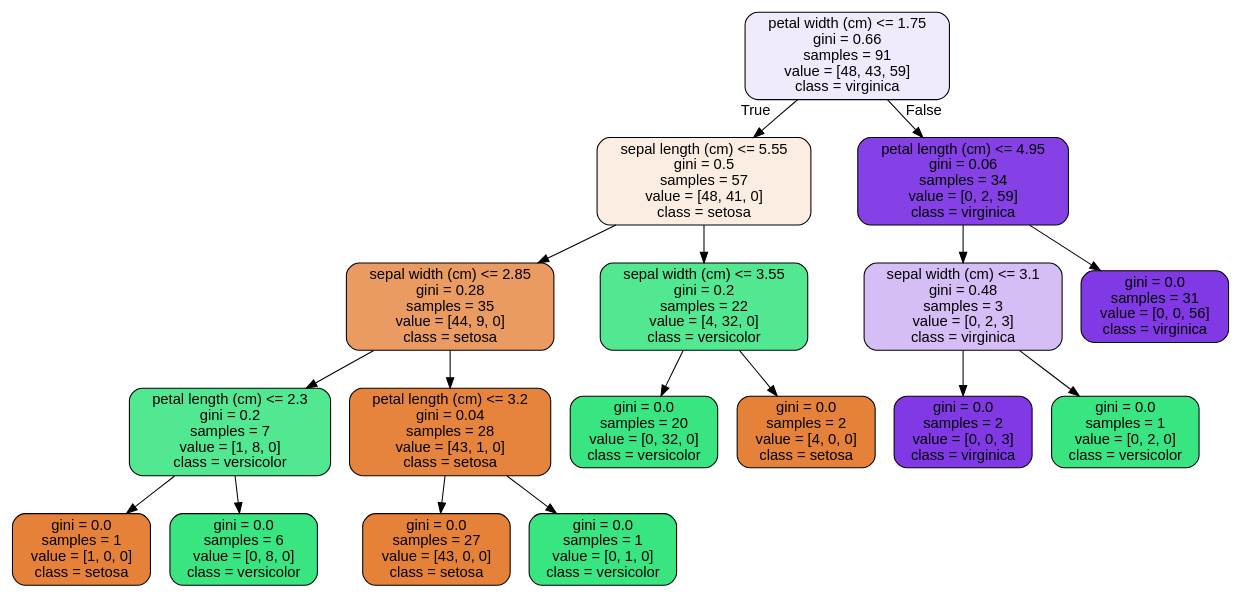
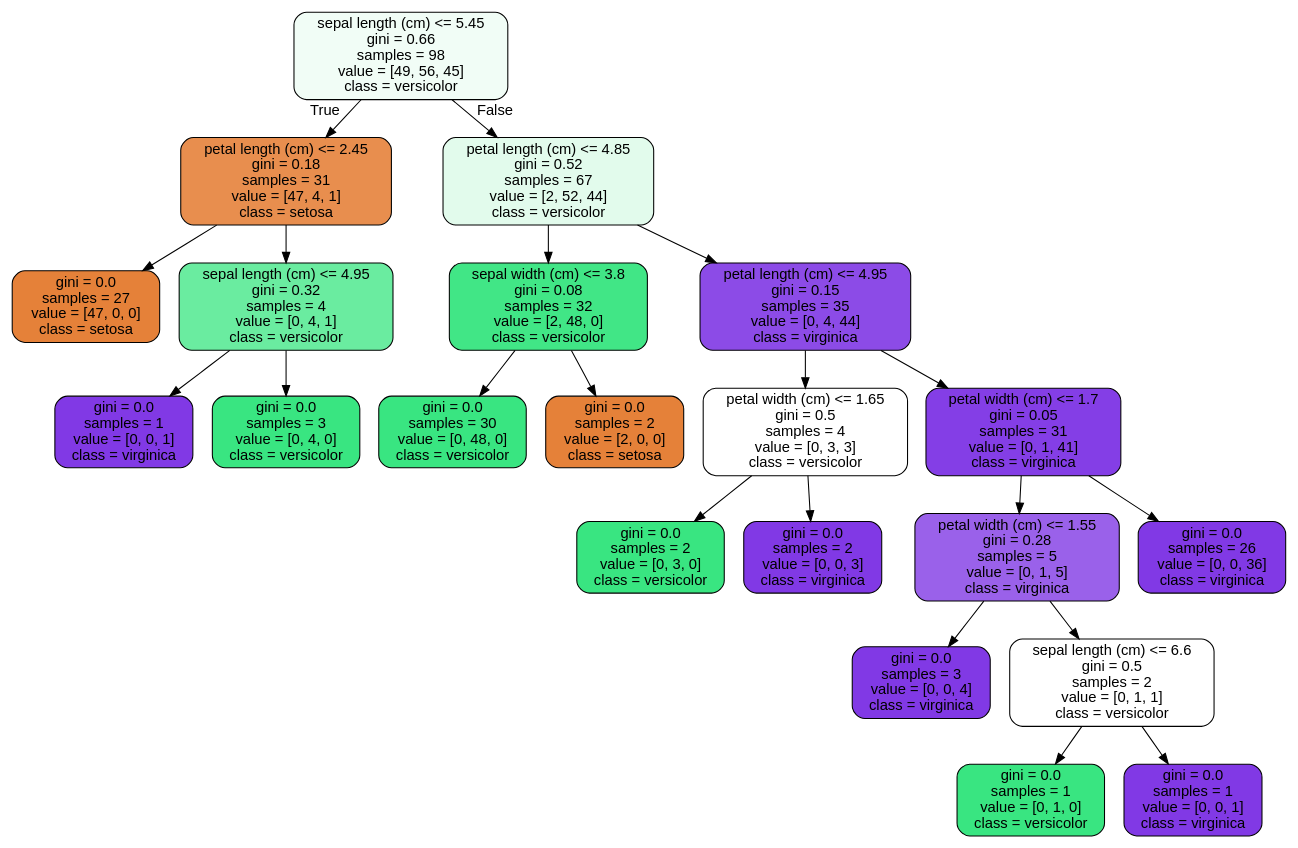
Before and after one commit to jonnross88/Springboard: the diagram in u14_supervised_learning/Random Forest Covid Case Study/tree.dot, drawn with Graphviz. The commit also changed 2 other files, not shown here.

```diff
--- a/u14_supervised_learning/Random Forest Covid Case Study/tree.dot
+++ b/u14_supervised_learning/Random Forest Covid Case Study/tree.dot
@@ -1,37 +1,45 @@
 digraph Tree {
 node [shape=box, style="filled, rounded", color="black", fontname="helvetica"] ;
 edge [fontname="helvetica"] ;
-0 [label="petal width (cm) <= 1.75\ngini = 0.66\nsamples = 91\nvalue = [48, 43, 59]\nclass = virginica", fillcolor="#f1eafc"] ;
-1 [label="sepal length (cm) <= 5.55\ngini = 0.5\nsamples = 57\nvalue = [48, 41, 0]\nclass = setosa", fillcolor="#fbede2"] ;
+0 [label="sepal length (cm) <= 5.45\ngini = 0.66\nsamples = 98\nvalue = [49, 56, 45]\nclass = versicolor", fillcolor="#f1fdf6"] ;
+1 [label="petal length (cm) <= 2.45\ngini = 0.18\nsamples = 31\nvalue = [47, 4, 1]\nclass = setosa", fillcolor="#e88e4e"] ;
 0 -> 1 [labeldistance=2.5, labelangle=45, headlabel="True"] ;
-2 [label="sepal width (cm) <= 2.85\ngini = 0.28\nsamples = 35\nvalue = [44, 9, 0]\nclass = setosa", fillcolor="#ea9b61"] ;
+2 [label="gini = 0.0\nsamples = 27\nvalue = [47, 0, 0]\nclass = setosa", fillcolor="#e58139"] ;
 1 -> 2 ;
-3 [label="petal length (cm) <= 2.3\ngini = 0.2\nsamples = 7\nvalue = [1, 8, 0]\nclass = versicolor", fillcolor="#52e891"] ;
-2 -> 3 ;
-4 [label="gini = 0.0\nsamples = 1\nvalue = [1, 0, 0]\nclass = setosa", fillcolor="#e58139"] ;
+3 [label="sepal length (cm) <= 4.95\ngini = 0.32\nsamples = 4\nvalue = [0, 4, 1]\nclass = versicolor", fillcolor="#6aeca0"] ;
+1 -> 3 ;
+4 [label="gini = 0.0\nsamples = 1\nvalue = [0, 0, 1]\nclass = virginica", fillcolor="#8139e5"] ;
 3 -> 4 ;
-5 [label="gini = 0.0\nsamples = 6\nvalue = [0, 8, 0]\nclass = versicolor", fillcolor="#39e581"] ;
+5 [label="gini = 0.0\nsamples = 3\nvalue = [0, 4, 0]\nclass = versicolor", fillcolor="#39e581"] ;
 3 -> 5 ;
-6 [label="petal length (cm) <= 3.2\ngini = 0.04\nsamples = 28\nvalue = [43, 1, 0]\nclass = setosa", fillcolor="#e6843e"] ;
-2 -> 6 ;
-7 [label="gini = 0.0\nsamples = 27\nvalue = [43, 0, 0]\nclass = setosa", fillcolor="#e58139"] ;
+6 [label="petal length (cm) <= 4.85\ngini = 0.52\nsamples = 67\nvalue = [2, 52, 44]\nclass = versicolor", fillcolor="#e2fbec"] ;
+0 -> 6 [labeldistance=2.5, labelangle=-45, headlabel="False"] ;
+7 [label="sepal width (cm) <= 3.8\ngini = 0.08\nsamples = 32\nvalue = [2, 48, 0]\nclass = versicolor", fillcolor="#41e686"] ;
 6 -> 7 ;
-8 [label="gini = 0.0\nsamples = 1\nvalue = [0, 1, 0]\nclass = versicolor", fillcolor="#39e581"] ;
-6 -> 8 ;
-9 [label="sepal width (cm) <= 3.55\ngini = 0.2\nsamples = 22\nvalue = [4, 32, 0]\nclass = versicolor", fillcolor="#52e891"] ;
-1 -> 9 ;
-10 [label="gini = 0.0\nsamples = 20\nvalue = [0, 32, 0]\nclass = versicolor", fillcolor="#39e581"] ;
-9 -> 10 ;
-11 [label="gini = 0.0\nsamples = 2\nvalue = [4, 0, 0]\nclass = setosa", fillcolor="#e58139"] ;
-9 -> 11 ;
-12 [label="petal length (cm) <= 4.95\ngini = 0.06\nsamples = 34\nvalue = [0, 2, 59]\nclass = virginica", fillcolor="#8540e6"] ;
-0 -> 12 [labeldistance=2.5, labelangle=-45, headlabel="False"] ;
-13 [label="sepal width (cm) <= 3.1\ngini = 0.48\nsamples = 3\nvalue = [0, 2, 3]\nclass = virginica", fillcolor="#d5bdf6"] ;
-12 -> 13 ;
-14 [label="gini = 0.0\nsamples = 2\nvalue = [0, 0, 3]\nclass = virginica", fillcolor="#8139e5"] ;
-13 -> 14 ;
-15 [label="gini = 0.0\nsamples = 1\nvalue = [0, 2, 0]\nclass = versicolor", fillcolor="#39e581"] ;
-13 -> 15 ;
-16 [label="gini = 0.0\nsamples = 31\nvalue = [0, 0, 56]\nclass = virginica", fillcolor="#8139e5"] ;
-12 -> 16 ;
+8 [label="gini = 0.0\nsamples = 30\nvalue = [0, 48, 0]\nclass = versicolor", fillcolor="#39e581"] ;
+7 -> 8 ;
+9 [label="gini = 0.0\nsamples = 2\nvalue = [2, 0, 0]\nclass = setosa", fillcolor="#e58139"] ;
+7 -> 9 ;
+10 [label="petal length (cm) <= 4.95\ngini = 0.15\nsamples = 35\nvalue = [0, 4, 44]\nclass = virginica", fillcolor="#8c4be7"] ;
+6 -> 10 ;
+11 [label="petal width (cm) <= 1.65\ngini = 0.5\nsamples = 4\nvalue = [0, 3, 3]\nclass = versicolor", fillcolor="#ffffff"] ;
+10 -> 11 ;
+12 [label="gini = 0.0\nsamples = 2\nvalue = [0, 3, 0]\nclass = versicolor", fillcolor="#39e581"] ;
+11 -> 12 ;
+13 [label="gini = 0.0\nsamples = 2\nvalue = [0, 0, 3]\nclass = virginica", fillcolor="#8139e5"] ;
+11 -> 13 ;
+14 [label="petal width (cm) <= 1.7\ngini = 0.05\nsamples = 31\nvalue = [0, 1, 41]\nclass = virginica", fillcolor="#843ee6"] ;
+10 -> 14 ;
+15 [label="petal width (cm) <= 1.55\ngini = 0.28\nsamples = 5\nvalue = [0, 1, 5]\nclass = virginica", fillcolor="#9a61ea"] ;
+14 -> 15 ;
+16 [label="gini = 0.0\nsamples = 3\nvalue = [0, 0, 4]\nclass = virginica", fillcolor="#8139e5"] ;
+15 -> 16 ;
+17 [label="sepal length (cm) <= 6.6\ngini = 0.5\nsamples = 2\nvalue = [0, 1, 1]\nclass = versicolor", fillcolor="#ffffff"] ;
+15 -> 17 ;
+18 [label="gini = 0.0\nsamples = 1\nvalue = [0, 1, 0]\nclass = versicolor", fillcolor="#39e581"] ;
+17 -> 18 ;
+19 [label="gini = 0.0\nsamples = 1\nvalue = [0, 0, 1]\nclass = virginica", fillcolor="#8139e5"] ;
+17 -> 19 ;
+20 [label="gini = 0.0\nsamples = 26\nvalue = [0, 0, 36]\nclass = virginica", fillcolor="#8139e5"] ;
+14 -> 20 ;
 }
```
